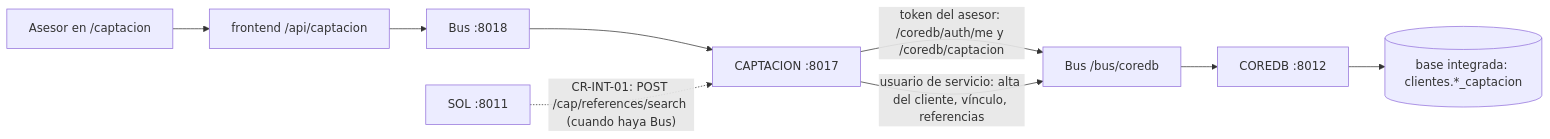
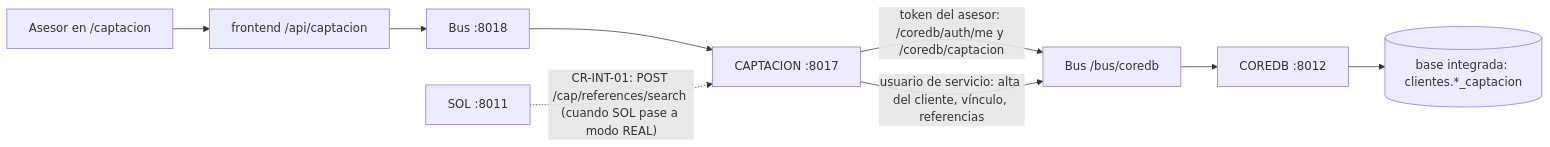
One commit to SantiagoCusirramos/Banco_Nacional_Arequipa changed the diagram in backend/CAPTACION/README.md. Above: the diagram before and after it, drawn with Mermaid. The commit also changed other lines of this file and 37 other files, not shown here.

````diff
--- a/backend/CAPTACION/README.md
+++ b/backend/CAPTACION/README.md
@@ -24,9 +24,9 @@
 ```mermaid
 flowchart LR
   ase["Asesor en /captacion"] --> fe["frontend /api/captacion"] --> bus1["Bus :8018"] --> cap["CAPTACION :8017"]
   cap -->|"token del asesor: /coredb/auth/me y /coredb/captacion"| bus["Bus /bus/coredb"]
   cap -->|"usuario de servicio: alta del cliente, vínculo, referencias"| bus
   bus --> coredb["COREDB :8012"]
   coredb --> db[("base integrada: clientes.*_captacion")]
-  sol["SOL :8011"] -.->|"CR-INT-01: POST /cap/references/search (cuando haya Bus)"| cap
+  sol["SOL :8011"] -.->|"CR-INT-01: POST /cap/references/search (cuando SOL pase a modo REAL)"| cap
 ```
````
